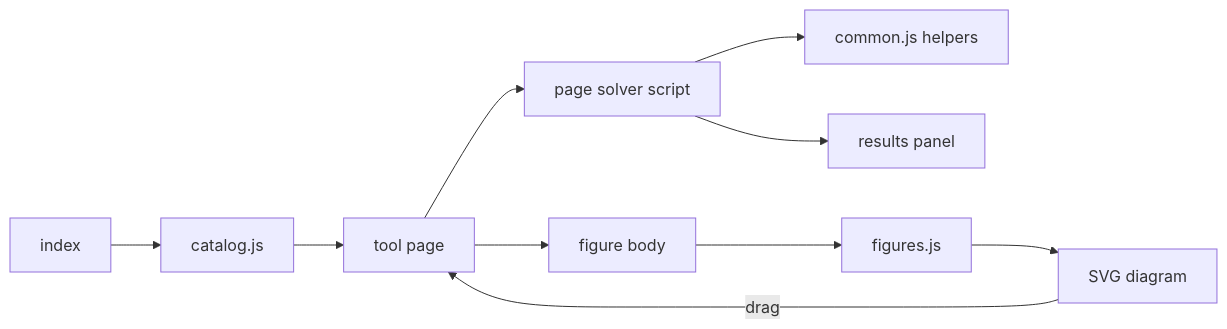
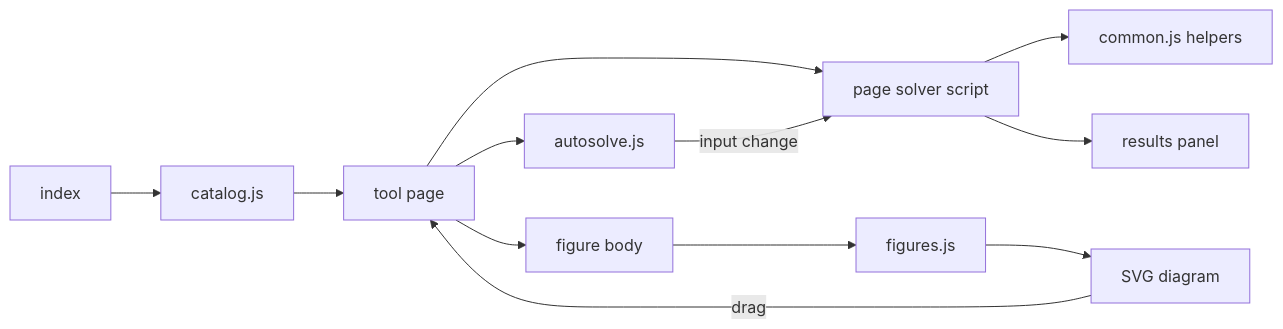
One commit to totallynotbrent/eng-tools changed the diagram in README.md. Above: the diagram before and after it, drawn with Mermaid. The commit also changed other lines of this file and 69 other files, not shown here.

````diff
--- a/README.md
+++ b/README.md
@@ -21,12 +22,14 @@
 ```mermaid
 flowchart LR
   A[index] --> B[catalog.js]
   B --> C[tool page]
   C --> D[page solver script]
   D --> E[common.js helpers]
   D --> F[results panel]
   C --> G[figure body]
   G --> H[figures.js]
   H --> I[SVG diagram]
   I -->|drag| C
+  C --> J[autosolve.js]
+  J -->|input change| D
 ```
````
